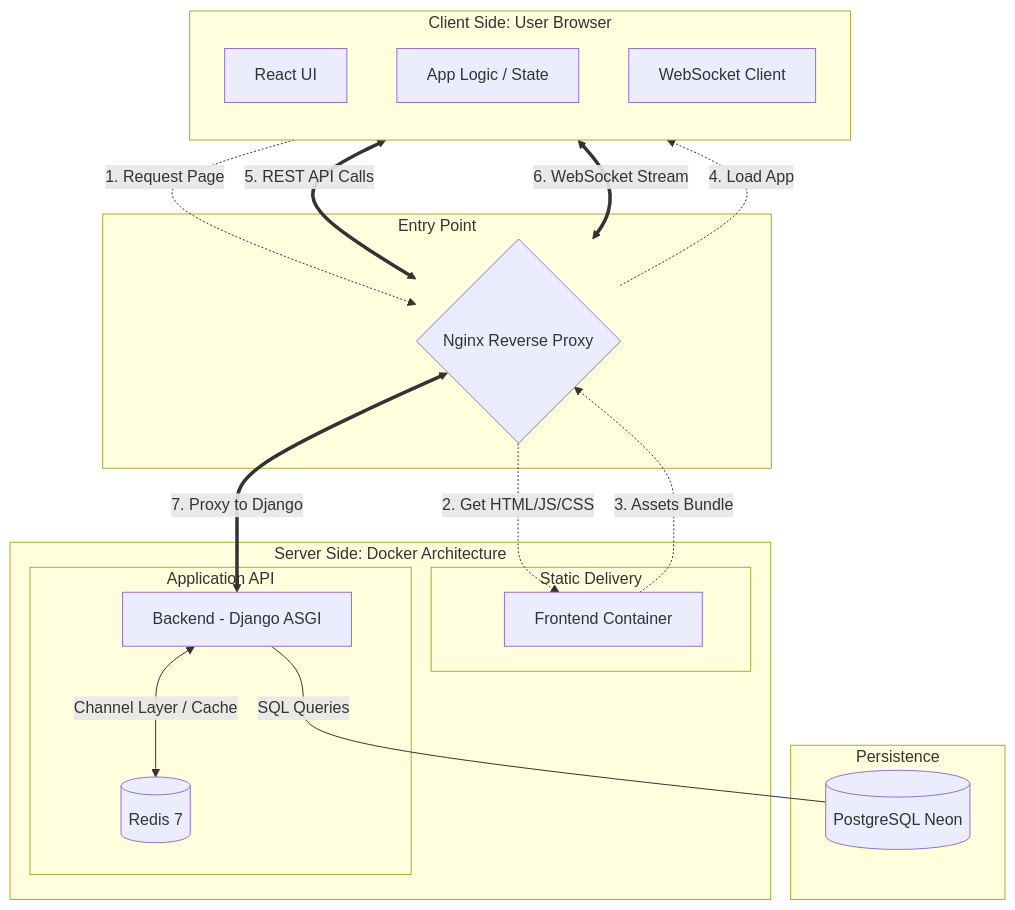
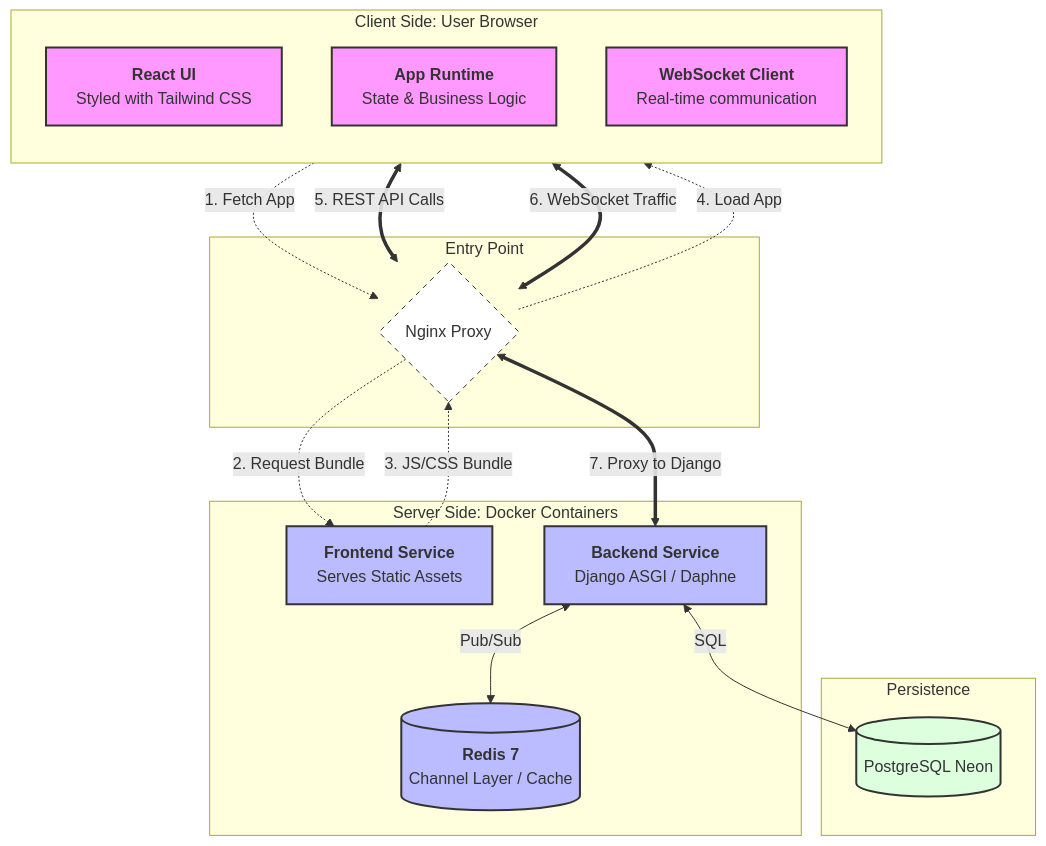
The first of 2 diagrams in README.md (antekgorski/ft_transcendence), drawn with Mermaid before and after one commit. The commit also changed other lines of this file, not shown here.

Commit message:
Refine infrastructure diagram: Highlight React/Tailwind and improve flow organization

````diff
--- a/README.md
+++ b/README.md
@@ -70,43 +70,49 @@
 ```mermaid
 flowchart TD
-    subgraph ClientSide [Client Side: User Browser]
+    subgraph Client [Client Side: User Browser]
         direction TB
-        UI[React UI]
-        Logic[App Logic / State]
-        WS_Client[WebSocket Client]
+        UI[<b>React UI</b><br/>Styled with Tailwind CSS]
+        Logic[<b>App Runtime</b><br/>State & Business Logic]
+        WS_Client[<b>WebSocket Client</b><br/>Real-time communication]
     end
 
     subgraph Gateway [Entry Point]
-        Nginx{Nginx Reverse Proxy}
+        Nginx{Nginx Proxy}
     end
 
-    subgraph AppServices [Server Side: Docker Architecture]
-        subgraph Serving [Static Delivery]
-            Frontend[Frontend Container]
-        end
-
-        subgraph LogicLayer [Application API]
-            Backend[Backend - Django ASGI]
-            Redis[(Redis 7)]
-        end
+    subgraph DockerServices [Server Side: Docker Containers]
+        FE[<b>Frontend Service</b><br/>Serves Static Assets]
+        BE[<b>Backend Service</b><br/>Django ASGI / Daphne]
+        RD[(<b>Redis 7</b><br/>Channel Layer / Cache)]
     end
 
-    subgraph Data [Persistence]
-        PostgreSQL[(PostgreSQL Neon)]
+    subgraph External [Persistence]
+        DB[(PostgreSQL Neon)]
     end
 
-    %% Phase 1: Serving the Application
-    UI -.->|1. Request Page| Nginx
-    Nginx -.->|2. Get HTML/JS/CSS| Frontend
-    Frontend -.->|3. Assets Bundle| Nginx
+    %% Step 1: Delivery of the frontend application
+    UI -.->|1. Fetch App| Nginx
+    Nginx -.->|2. Request Bundle| FE
+    FE -.->|3. JS/CSS Bundle| Nginx
     Nginx -.->|4. Load App| UI
 
-    %% Phase 2: Runtime Communication
+    %% Step 2: Runtime API communication
     Logic <==>|5. REST API Calls| Nginx
-    WS_Client <==>|6. WebSocket Stream| Nginx
-    Nginx <==>|7. Proxy to Django| Backend
+    WS_Client <==>|6. WebSocket Traffic| Nginx
+    Nginx <==>|7. Proxy to Django| BE
 
-    %% Internal Backend Flow
-    Backend <-->|Channel Layer / Cache| Redis
-    Backend ---|SQL Queries| PostgreSQL
+    %% Step 3: Server-side data management
+    BE <-->|Pub/Sub| RD
+    BE <-->|SQL| DB
+
+    %% Styling
+    classDef browser fill:#f9f,stroke:#333,stroke-width:2px;
+    classDef container fill:#bbf,stroke:#333,stroke-width:2px;
+    classDef proxy fill:#fff,stroke:#333,stroke-dasharray: 5 5;
+    classDef storage fill:#dfd,stroke:#333,stroke-width:2px;
+    
+    class UI,Logic,WS_Client browser;
+    class FE,BE,RD container;
+    class Nginx proxy;
+    class DB storage;
 ```
````
